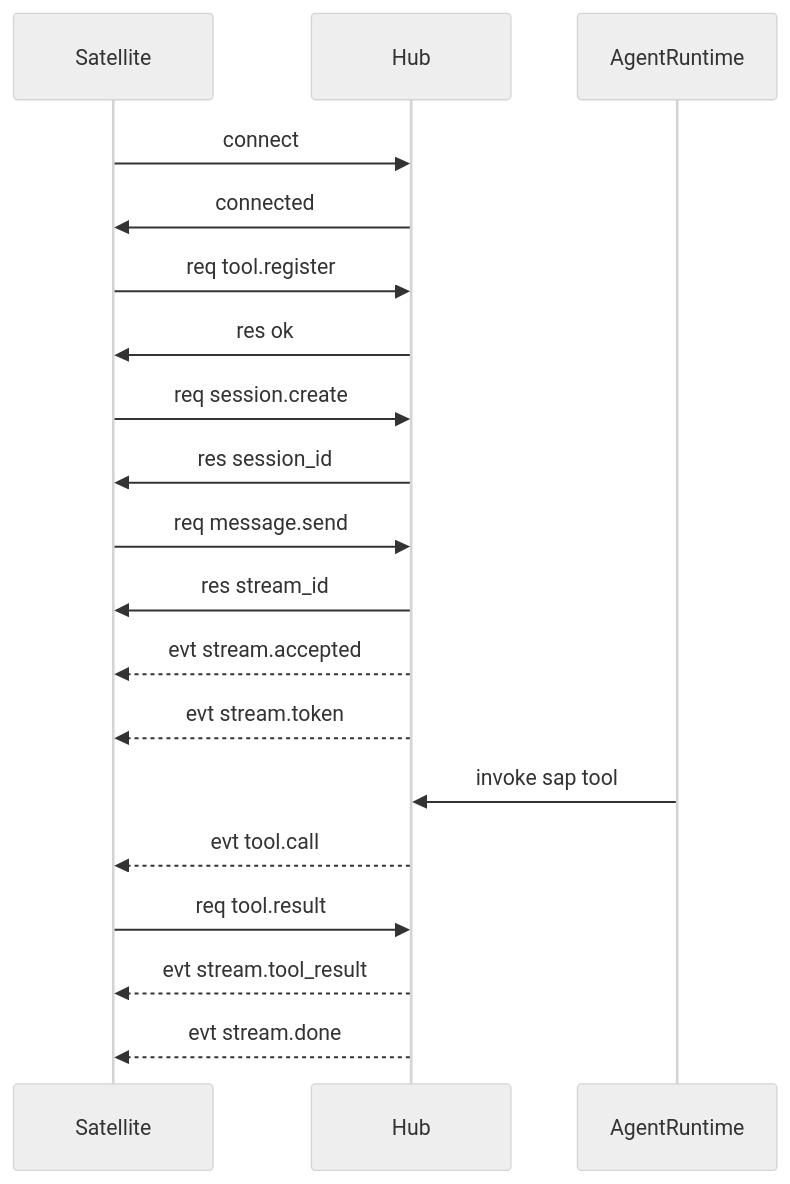
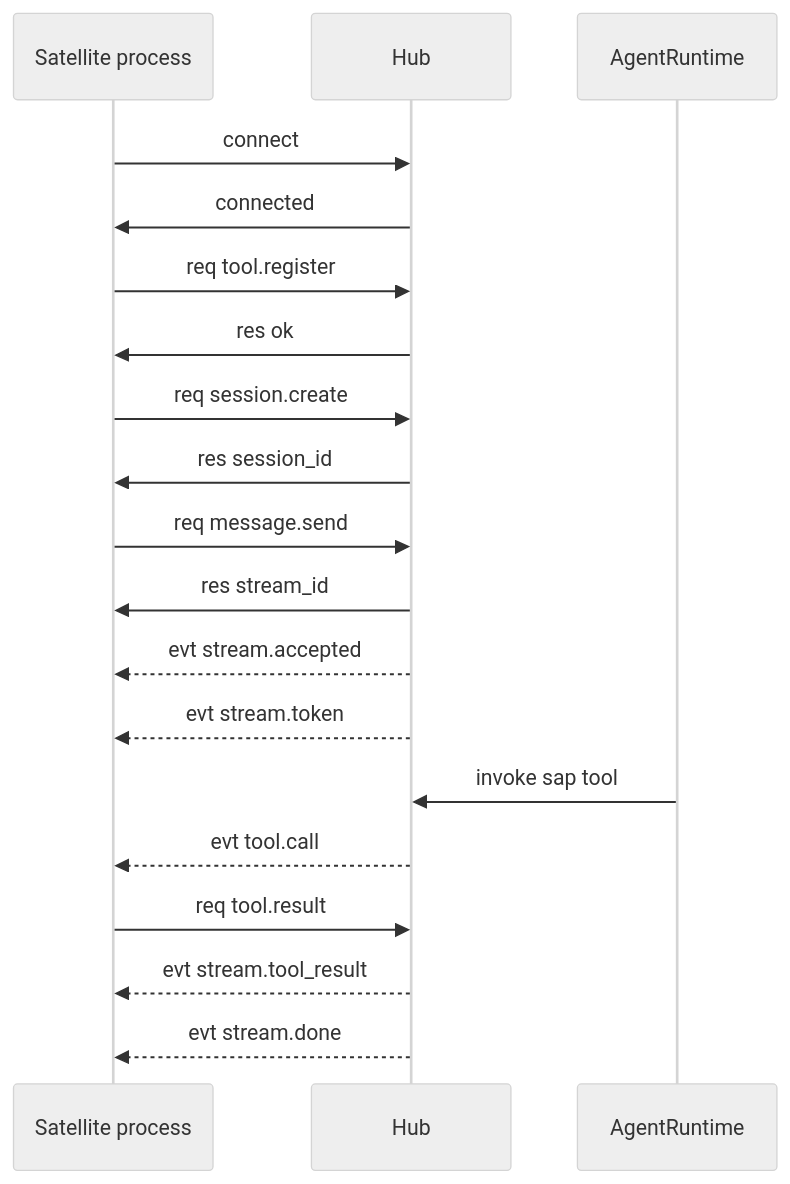
The second of 2 diagrams in docs/sap/overview.md (freeanima-org/freeanima), drawn with Mermaid (neutral theme) before and after one commit. The commit also changed other lines of this file and 24 other files, not shown here.

````diff
--- a/docs/sap/overview.md
+++ b/docs/sap/overview.md
@@ -50,22 +49,22 @@
 ```mermaid
 sequenceDiagram
-  participant Sat as Satellite
+  participant Sat as Satellite process
   participant Hub as Hub
   participant Agent as AgentRuntime
 
   Sat->>Hub: connect
   Hub->>Sat: connected
   Sat->>Hub: req tool.register
   Hub->>Sat: res ok
   Sat->>Hub: req session.create
   Hub->>Sat: res session_id
   Sat->>Hub: req message.send
   Hub->>Sat: res stream_id
   Hub-->>Sat: evt stream.accepted
   Hub-->>Sat: evt stream.token
   Agent->>Hub: invoke sap tool
   Hub-->>Sat: evt tool.call
   Sat->>Hub: req tool.result
   Hub-->>Sat: evt stream.tool_result
   Hub-->>Sat: evt stream.done
 ```
````
